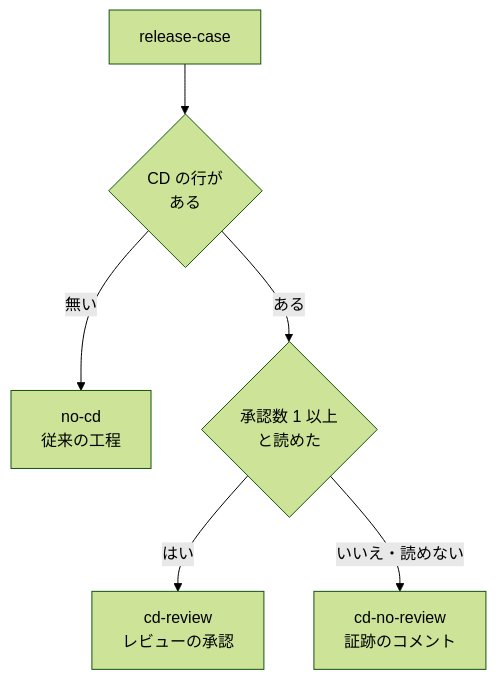
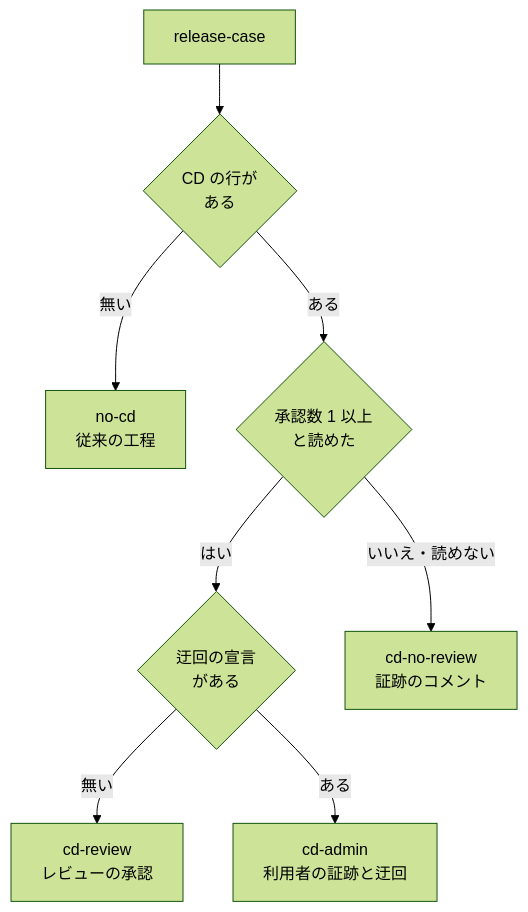
The first of 2 diagrams in docs/specifications/ndf-release-approval-on-pr.md (devbasex/ai-plugins), drawn with Mermaid (forest theme) before and after one commit. The commit also changed other lines of this file and 5 other files, not shown here.

````diff
--- a/docs/specifications/ndf-release-approval-on-pr.md
+++ b/docs/specifications/ndf-release-approval-on-pr.md
@@ -85,8 +91,10 @@
 ```mermaid
 graph TD
     A[release-case] --> B{CD の行が<br/>ある}
     B -->|無い| S3[no-cd<br/>従来の工程]
     B -->|ある| C{承認数 1 以上<br/>と読めた}
-    C -->|はい| S2[cd-review<br/>レビューの承認]
+    C -->|はい| D{迂回の宣言<br/>がある}
+    D -->|無い| S2[cd-review<br/>レビューの承認]
+    D -->|ある| S4[cd-admin<br/>利用者の証跡と迂回]
     C -->|いいえ・読めない| S1[cd-no-review<br/>証跡のコメント]
 ```
````
